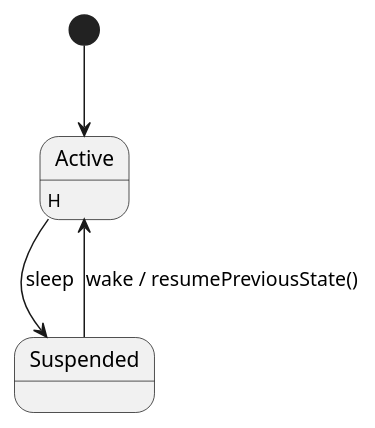
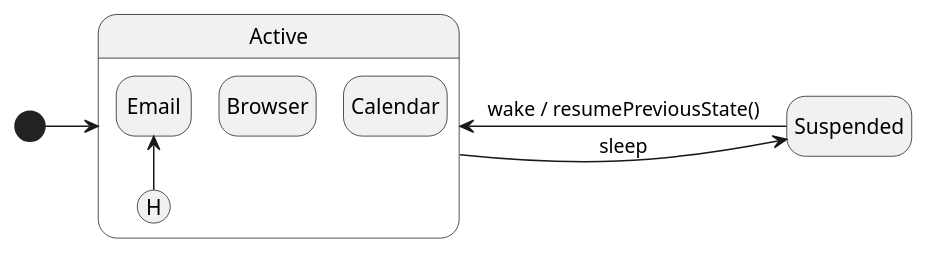
Before and after one commit to traiansf/traiansf.github.io: the seventh of 9 diagrams in class/amss2025/curs/06-state.md, drawn with PlantUML. The commit also changed other lines of this file and 6 other files, not shown here.

Commit message:
State diagrams: final

````diff
--- a/class/amss2025/curs/06-state.md
+++ b/class/amss2025/curs/06-state.md
@@ -190,8 +292,14 @@
 ```plantuml
 @startuml
-[*] --> Active
-Active --> Suspended : sleep
-Suspended --> Active : wake / resumePreviousState()
-Active : H
+hide empty description
+[*] -r-> Active
+Active -r-> Suspended : sleep
+Suspended -l-> Active : wake / resumePreviousState()
+state Active {
+  state Browser
+  state Calendar
+  state Email
+  [H] -u-> Email
+}
 @enduml
 ```
````
